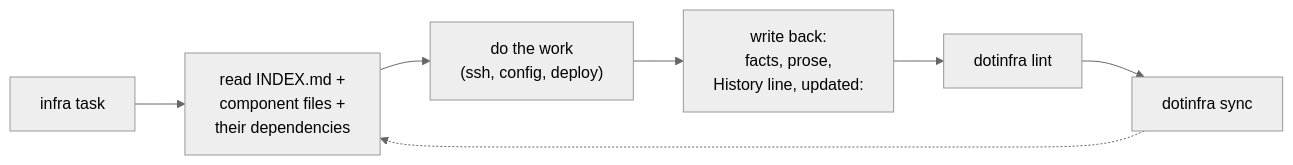
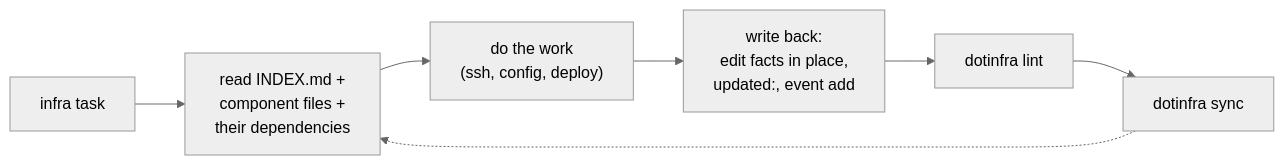
Before and after one commit to PiotrTopa/dotinfra: the diagram in docs/concepts.md, drawn with Mermaid (neutral theme). The commit also changed other lines of this file and 11 other files, not shown here.

````diff
--- a/docs/concepts.md
+++ b/docs/concepts.md
@@ -74,9 +89,9 @@
 ```mermaid
 flowchart LR
     task["infra task"] --> read["read INDEX.md +<br/>component files +<br/>their dependencies"]
     read --> work["do the work<br/>(ssh, config, deploy)"]
-    work --> write["write back:<br/>facts, prose,<br/>History line, updated:"]
+    work --> write["write back:<br/>edit facts in place,<br/>updated:, event add"]
     write --> check["dotinfra lint"]
     check --> sync["dotinfra sync"]
     sync -.-> read
 ```
````
